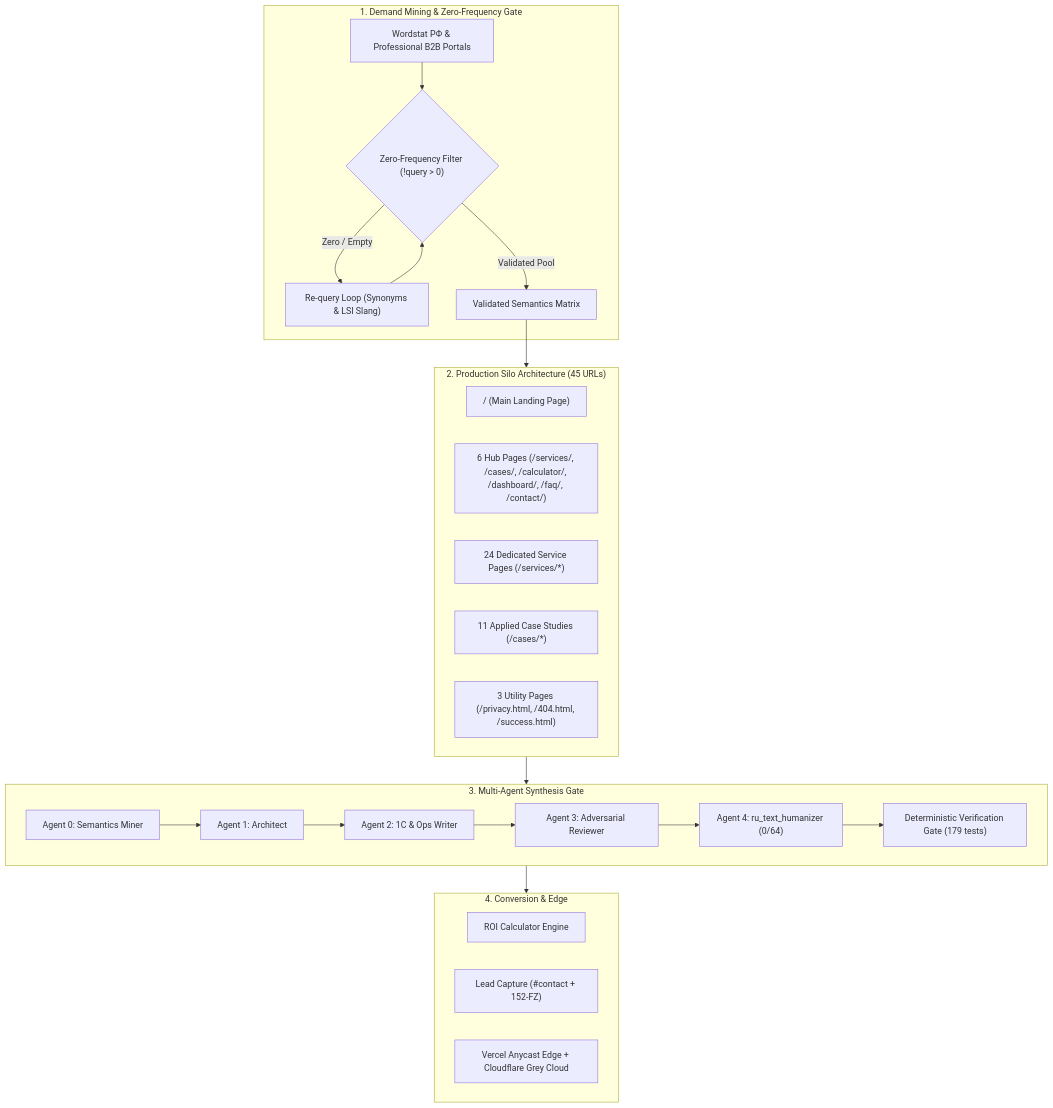
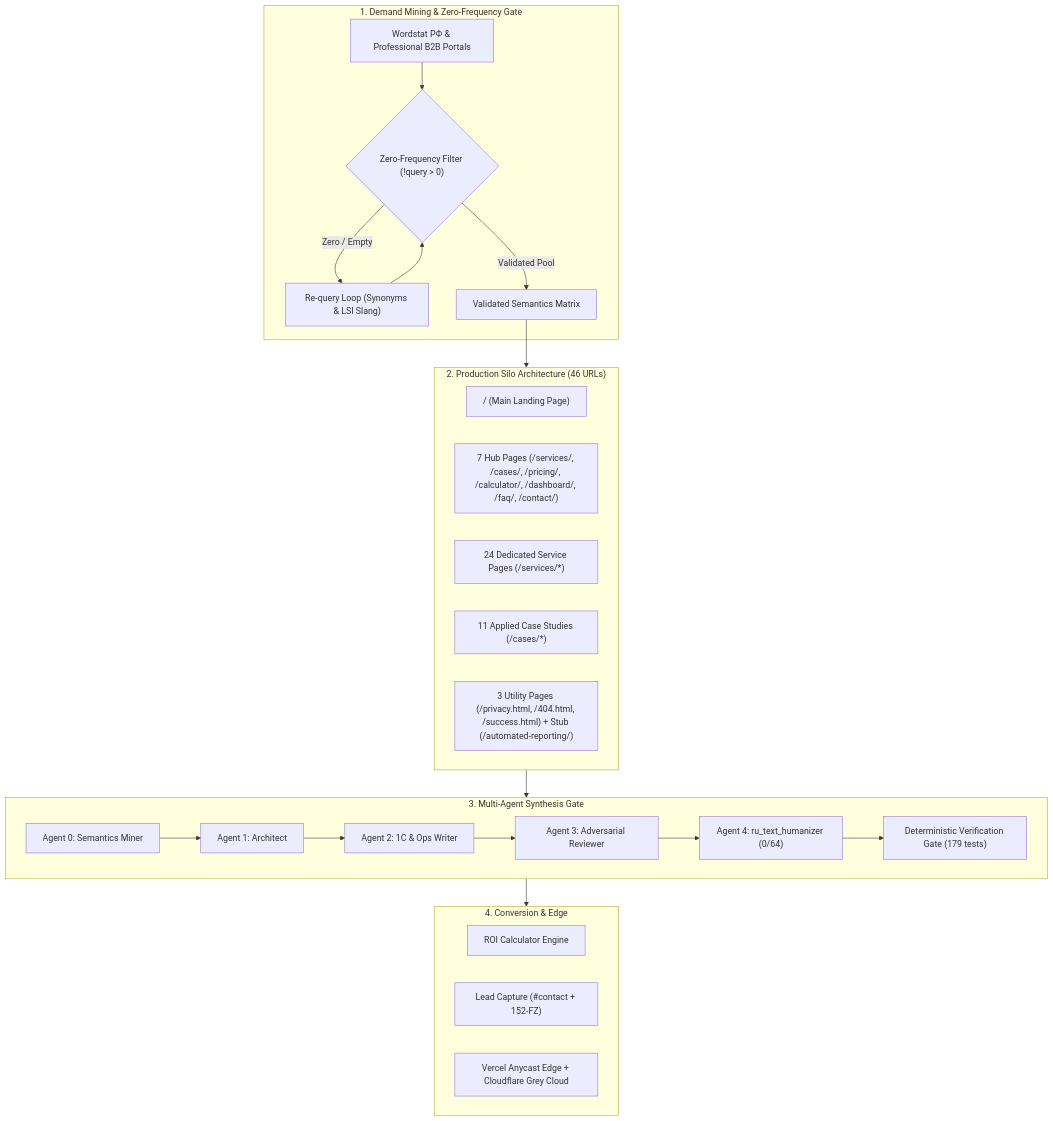
The first of 2 diagrams in Spec_content_ai_avtopilot.md (Vlad-Voro/ai-avtopilot), drawn with Mermaid before and after one commit. The commit also changed other lines of this file and 1 other file, not shown here.

Commit message:
docs: sync architectural and content specs with pricing redesign and audit fixes

````diff
--- a/Spec_content_ai_avtopilot.md
+++ b/Spec_content_ai_avtopilot.md
@@ -11,33 +11,33 @@
 ```mermaid
 flowchart TD
     subgraph Sourcing ["1. Demand Mining & Zero-Frequency Gate"]
         W["Wordstat РФ & Professional B2B Portals"] --> Val{"Zero-Frequency Filter (!query > 0)"}
         Val -- "Zero / Empty" --> ReQ["Re-query Loop (Synonyms & LSI Slang)"]
         ReQ --> Val
         Val -- "Validated Pool" --> Brief["Validated Semantics Matrix"]
     end
 
-    subgraph Architecture ["2. Production Silo Architecture (45 URLs)"]
+    subgraph Architecture ["2. Production Silo Architecture (46 URLs)"]
         Root["/ (Main Landing Page)"]
-        Hubs["6 Hub Pages (/services/, /cases/, /calculator/, /dashboard/, /faq/, /contact/)"]
+        Hubs["7 Hub Pages (/services/, /cases/, /pricing/, /calculator/, /dashboard/, /faq/, /contact/)"]
         T1["24 Dedicated Service Pages (/services/*)"]
         T3["11 Applied Case Studies (/cases/*)"]
-        Util["3 Utility Pages (/privacy.html, /404.html, /success.html)"]
+        Util["3 Utility Pages (/privacy.html, /404.html, /success.html) + Stub (/automated-reporting/)"]
     end
 
     subgraph Pipeline ["3. Multi-Agent Synthesis Gate"]
         Miner["Agent 0: Semantics Miner"] --> Arch["Agent 1: Architect"]
         Arch --> Writer["Agent 2: 1C & Ops Writer"]
         Writer --> Critic["Agent 3: Adversarial Reviewer"]
         Critic --> Humanizer["Agent 4: ru_text_humanizer (0/64)"]
         Humanizer --> Gate["Deterministic Verification Gate (179 tests)"]
     end
 
     subgraph Conversion ["4. Conversion & Edge"]
         Calc["ROI Calculator Engine"]
         Form["Lead Capture (#contact + 152-FZ)"]
         Edge["Vercel Anycast Edge + Cloudflare Grey Cloud"]
     end
 
     Brief --> Architecture --> Pipeline --> Conversion
 ```
````
